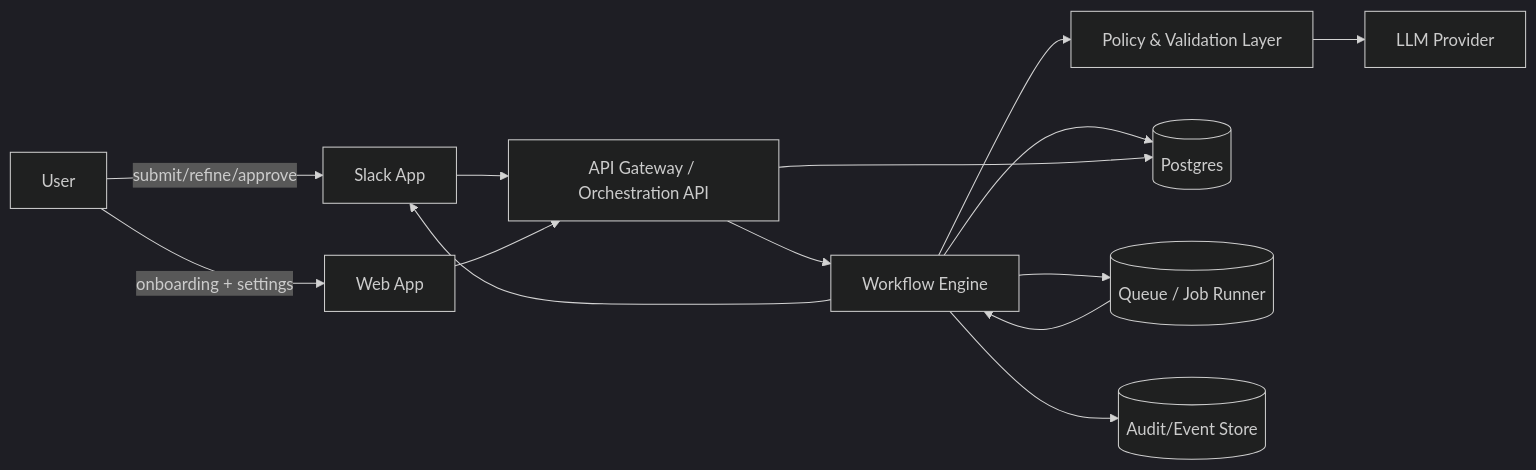
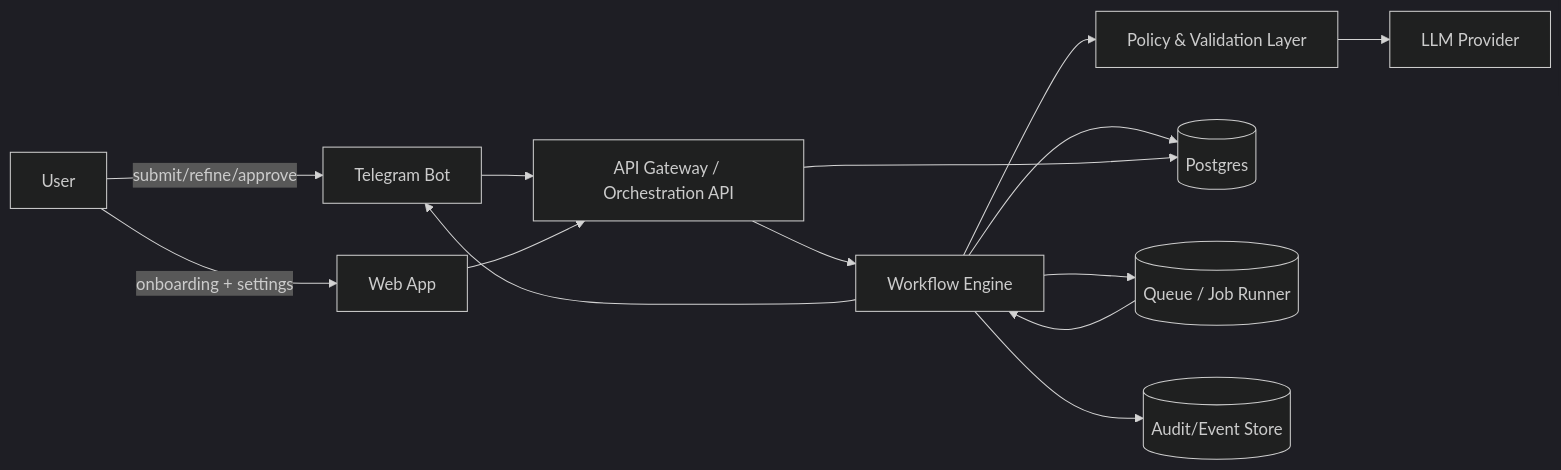
Before and after one commit to abhishekkapoorx/virality: the first of 5 diagrams in Documentation/ARCHITECTURE.md, drawn with Mermaid (dark theme). The commit also changed other lines of this file and 23 other files, not shown here.

First line of the commit message:
feat: implement Telegram bot as MVP channel, deferring Slack integration

````diff
--- a/Documentation/ARCHITECTURE.md
+++ b/Documentation/ARCHITECTURE.md
@@ -21,29 +32,29 @@
 ```mermaid
 flowchart LR
   U[User]
-  S[Slack App]
+  T[Telegram Bot]
   W[Web App]
   A[API Gateway / Orchestration API]
   E[Workflow Engine]
   P[Policy & Validation Layer]
   L[LLM Provider]
   DB[(Postgres)]
   Q[(Queue / Job Runner)]
   AU[(Audit/Event Store)]
 
-  U -->|submit/refine/approve| S
+  U -->|submit/refine/approve| T
   U -->|onboarding + settings| W
 
-  S --> A
+  T --> A
   W --> A
 
   A --> E
   E --> P
   P --> L
   E --> DB
   E --> Q
   Q --> E
   E --> AU
-  E --> S
+  E --> T
   A --> DB
 ```
````
